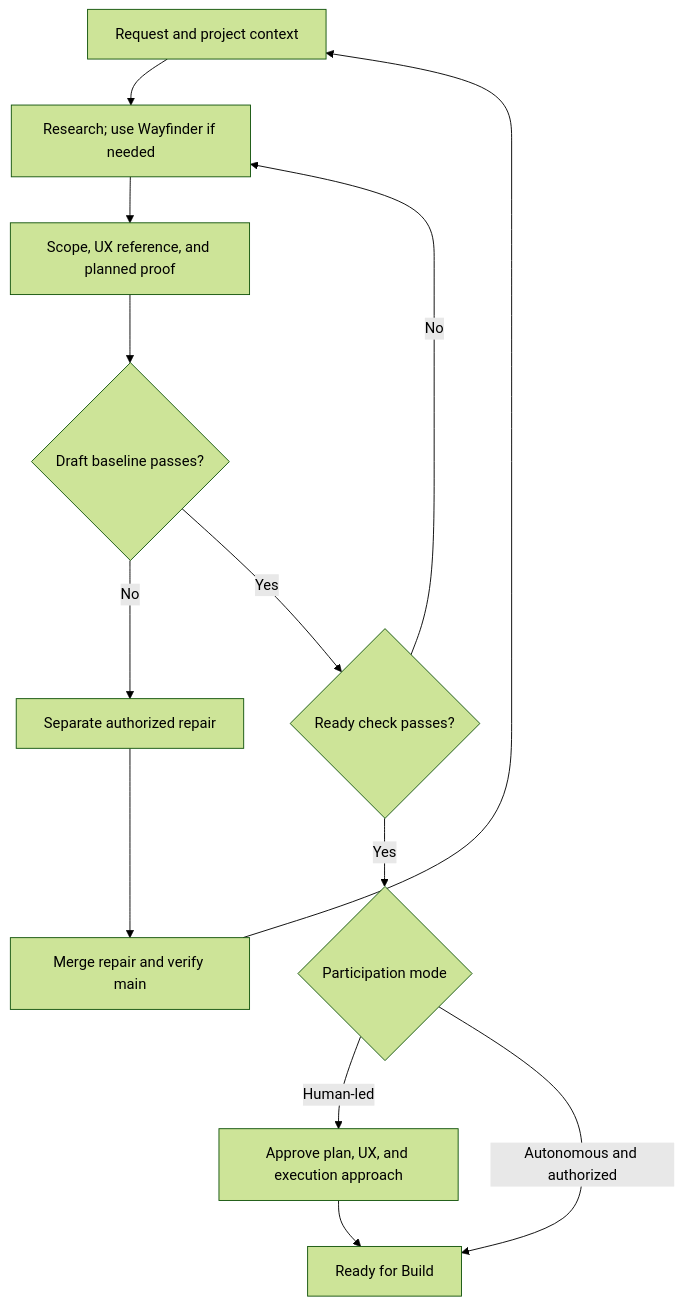
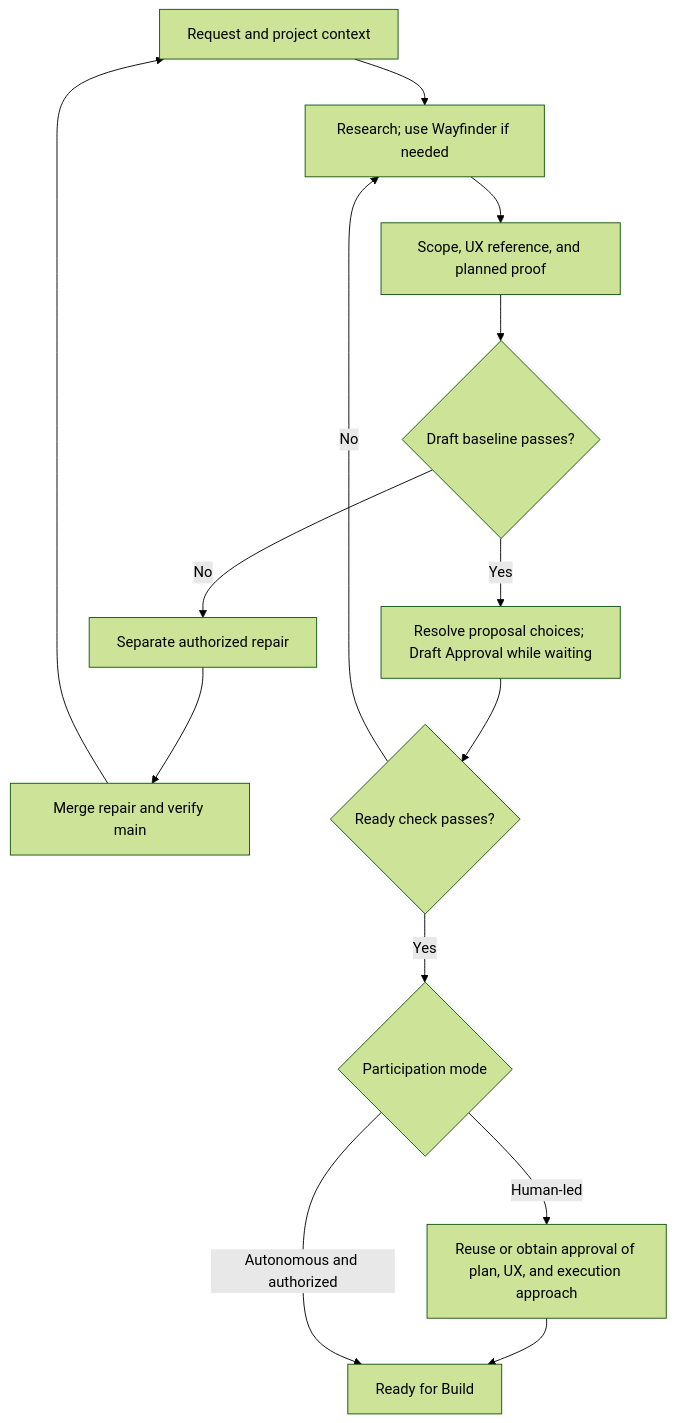
The second of 7 diagrams in README.md (sgaabdu4/hard-eng), drawn with Mermaid (forest theme) before and after one commit. The commit also changed other lines of this file and 9 other files, not shown here.

````diff
--- a/README.md
+++ b/README.md
@@ -76,15 +76,16 @@
 ```mermaid
 flowchart TD
   A[Request and project context] --> B[Research; use Wayfinder if needed]
   B --> C[Scope, UX reference, and planned proof]
   C --> D{Draft baseline passes?}
   D -->|No| R[Separate authorized repair]
   R --> V[Merge repair and verify main]
   V --> A
-  D -->|Yes| E{Ready check passes?}
+  D -->|Yes| J[Resolve proposal choices; Draft Approval while waiting]
+  J --> E{Ready check passes?}
   E -->|No| B
   E -->|Yes| F{Participation mode}
-  F -->|Human-led| G[Approve plan, UX, and execution approach]
+  F -->|Human-led| G[Reuse or obtain approval of plan, UX, and execution approach]
   G --> H[Ready for Build]
   F -->|Autonomous and authorized| H
 ```
````
